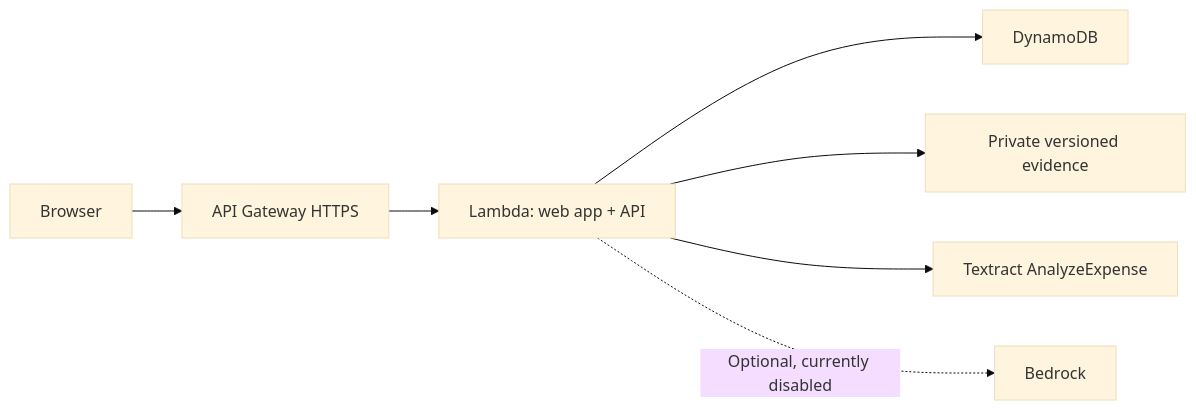
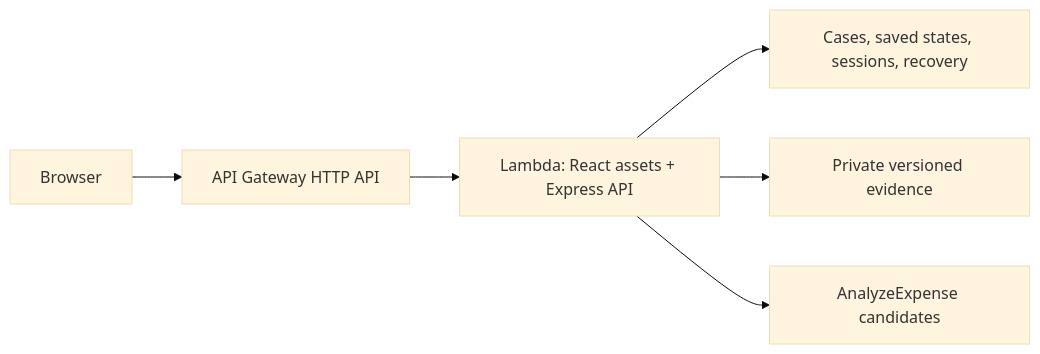
Before and after one commit to Induj1/receiverright: the diagram in docs/BUILDER-BLOG-DRAFT.md, drawn with Mermaid (base theme). The commit also changed other lines of this file and 6 other files, not shown here.

````diff
--- a/docs/BUILDER-BLOG-DRAFT.md
+++ b/docs/BUILDER-BLOG-DRAFT.md
@@ -41,9 +47,8 @@
 ```mermaid
 flowchart LR
-  Browser --> Gateway[API Gateway HTTPS]
-  Gateway --> Lambda[Lambda: web app + API]
-  Lambda --> DynamoDB
+  Browser --> Gateway[API Gateway HTTP API]
+  Gateway --> Lambda[Lambda: React assets + Express API]
+  Lambda --> DynamoDB[Cases, saved states, sessions, recovery]
   Lambda --> S3[Private versioned evidence]
-  Lambda --> Textract[Textract AnalyzeExpense]
-  Lambda -. Optional, currently disabled .-> Bedrock
+  Lambda --> Textract[AnalyzeExpense candidates]
 ```
````
